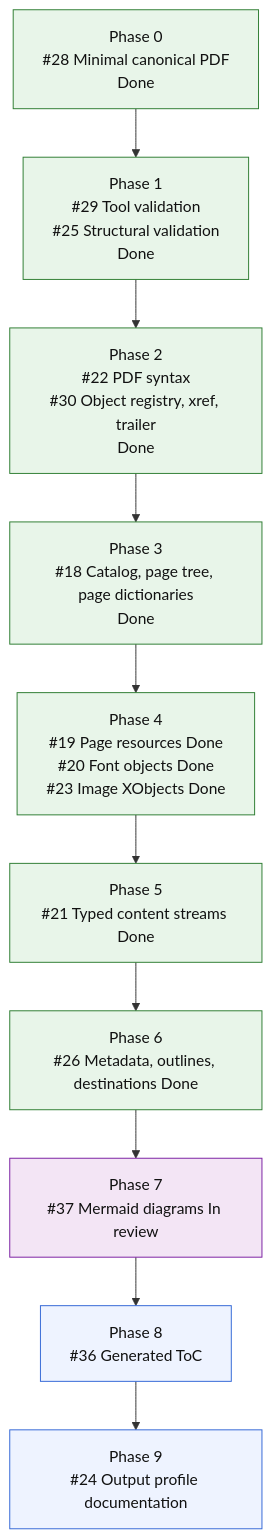
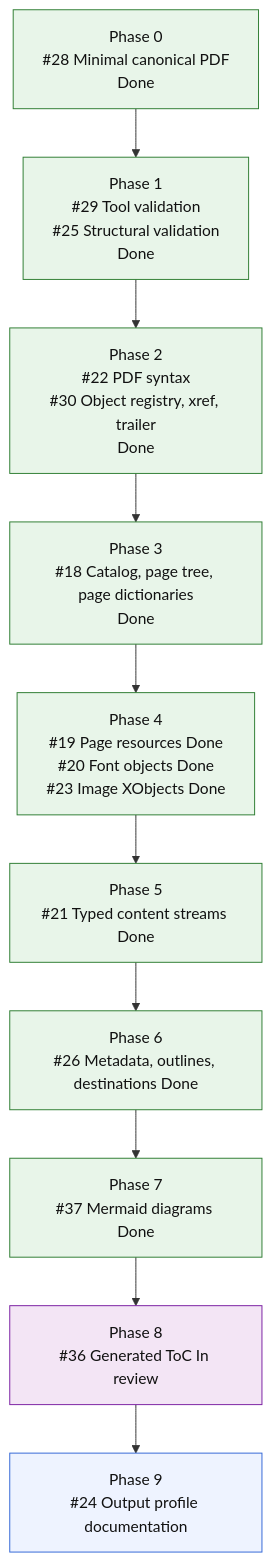
Before and after one commit to mihaelamj/MarkdownPDF: the diagram in README.md, drawn with Mermaid. The commit also changed other lines of this file and 6 other files, not shown here.

````diff
--- a/README.md
+++ b/README.md
@@ -127,24 +138,24 @@
 ```mermaid
 flowchart TD
     P0["Phase 0<br/>#28 Minimal canonical PDF<br/>Done"]
     P1["Phase 1<br/>#29 Tool validation<br/>#25 Structural validation<br/>Done"]
     P2["Phase 2<br/>#22 PDF syntax<br/>#30 Object registry, xref, trailer<br/>Done"]
     P3["Phase 3<br/>#18 Catalog, page tree, page dictionaries<br/>Done"]
     P4["Phase 4<br/>#19 Page resources Done<br/>#20 Font objects Done<br/>#23 Image XObjects Done"]
     P5["Phase 5<br/>#21 Typed content streams Done"]
     P6["Phase 6<br/>#26 Metadata, outlines, destinations Done"]
-    P7["Phase 7<br/>#37 Mermaid diagrams In review"]
-    P8["Phase 8<br/>#36 Generated ToC"]
+    P7["Phase 7<br/>#37 Mermaid diagrams Done"]
+    P8["Phase 8<br/>#36 Generated ToC In review"]
     P9["Phase 9<br/>#24 Output profile documentation"]
 
     P0 --> P1 --> P2 --> P3 --> P4 --> P5 --> P6 --> P7 --> P8 --> P9
 
     classDef done fill:#e8f5e9,stroke:#2e7d32,color:#111;
     classDef active fill:#e3f2fd,stroke:#1565c0,color:#111;
     classDef review fill:#f3e5f5,stroke:#7b1fa2,color:#111;
     classDef next fill:#fff8e1,stroke:#f9a825,color:#111;
     classDef todo fill:#eef3ff,stroke:#3367d6,color:#111;
-    class P0,P1,P2,P3,P4,P5,P6 done;
-    class P7 review;
-    class P8,P9 todo;
+    class P0,P1,P2,P3,P4,P5,P6,P7 done;
+    class P8 review;
+    class P9 todo;
 ```
````
